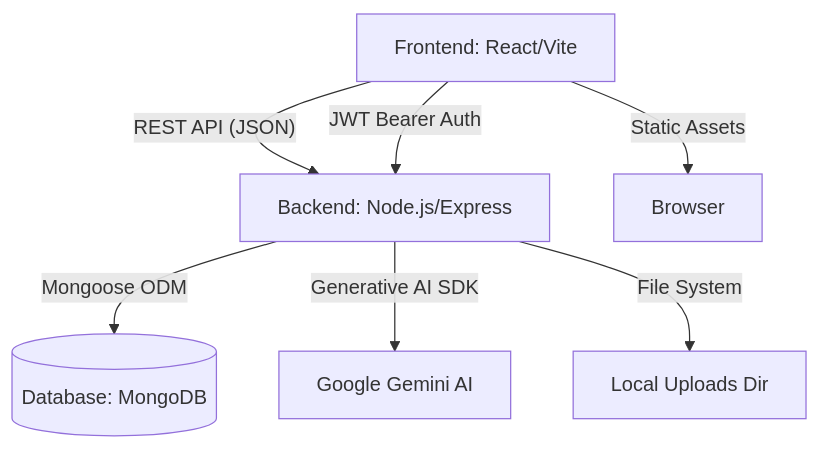
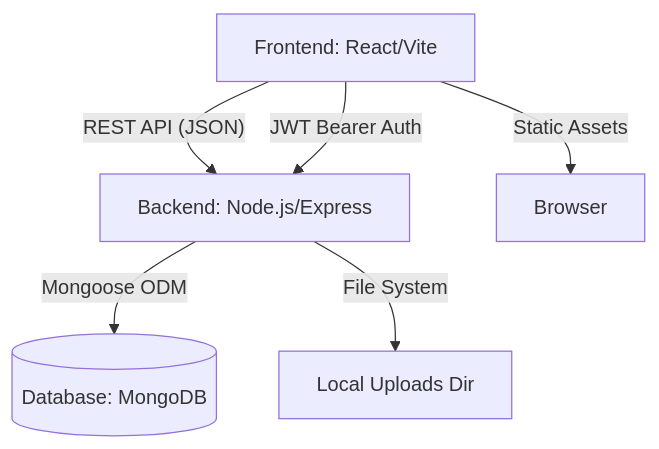
Before and after one commit to Sridharn97/LearnAssess: the first of 2 diagrams in README.md, drawn with Mermaid. The commit also changed other lines of this file and 6 other files, not shown here.

````diff
--- a/README.md
+++ b/README.md
@@ -45,14 +42,12 @@
 ```mermaid
 graph TD
     Client[Frontend: React/Vite]
     Server[Backend: Node.js/Express]
     DB[(Database: MongoDB)]
-    AI[Google Gemini AI]
     
     Client -- REST API (JSON) --> Server
     Client -- Static Assets --> Browser
     Server -- Mongoose ODM --> DB
-    Server -- Generative AI SDK --> AI
     Server -- File System --> Uploads[Local Uploads Dir]
     Client -- JWT Bearer Auth --> Server
 ```
````
